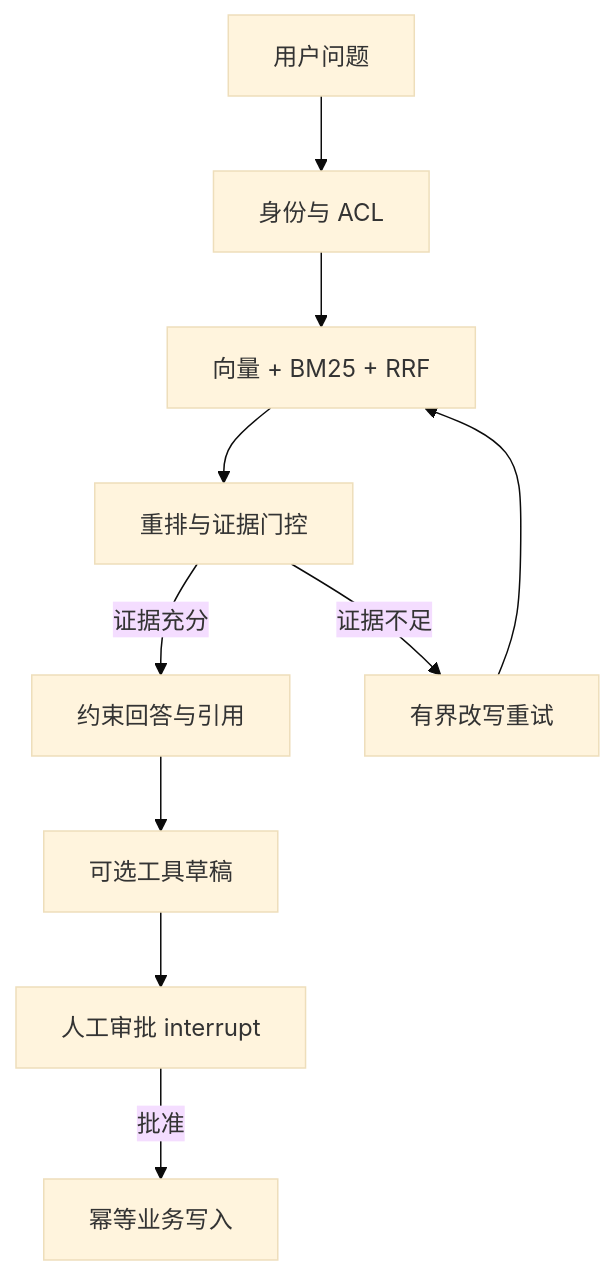
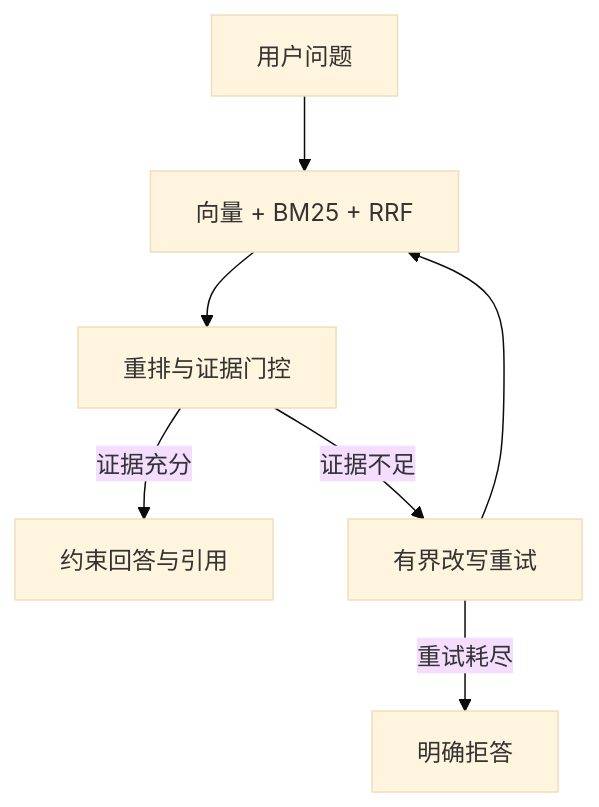
One commit to sdhgngfh/opspilot changed the diagram in docs/DEMO_GUIDE.md. Above: the diagram before and after it, drawn with Mermaid (base theme). The commit also changed other lines of this file and 47 other files, not shown here.

````diff
--- a/docs/DEMO_GUIDE.md
+++ b/docs/DEMO_GUIDE.md
@@ -84,12 +67,9 @@
 ```mermaid
 flowchart TD
-    Q["用户问题"] --> A["身份与 ACL"]
-    A --> R["向量 + BM25 + RRF"]
+    Q["用户问题"] --> R["向量 + BM25 + RRF"]
     R --> G["重排与证据门控"]
     G -->|"证据充分"| X["约束回答与引用"]
     G -->|"证据不足"| W["有界改写重试"]
     W --> R
-    X --> T["可选工具草稿"]
-    T --> H["人工审批 interrupt"]
-    H -->|"批准"| P["幂等业务写入"]
+    W -->|"重试耗尽"| N["明确拒答"]
 ```
````
